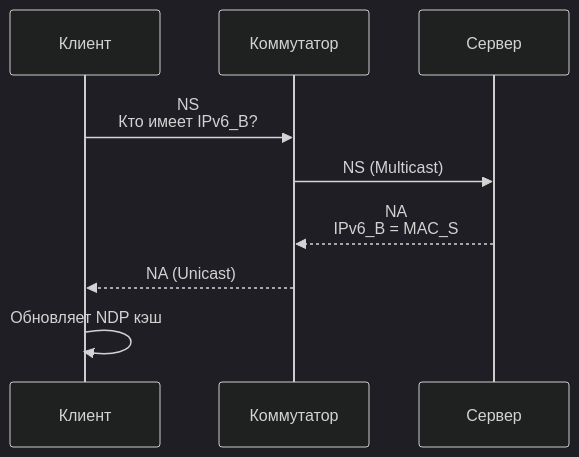
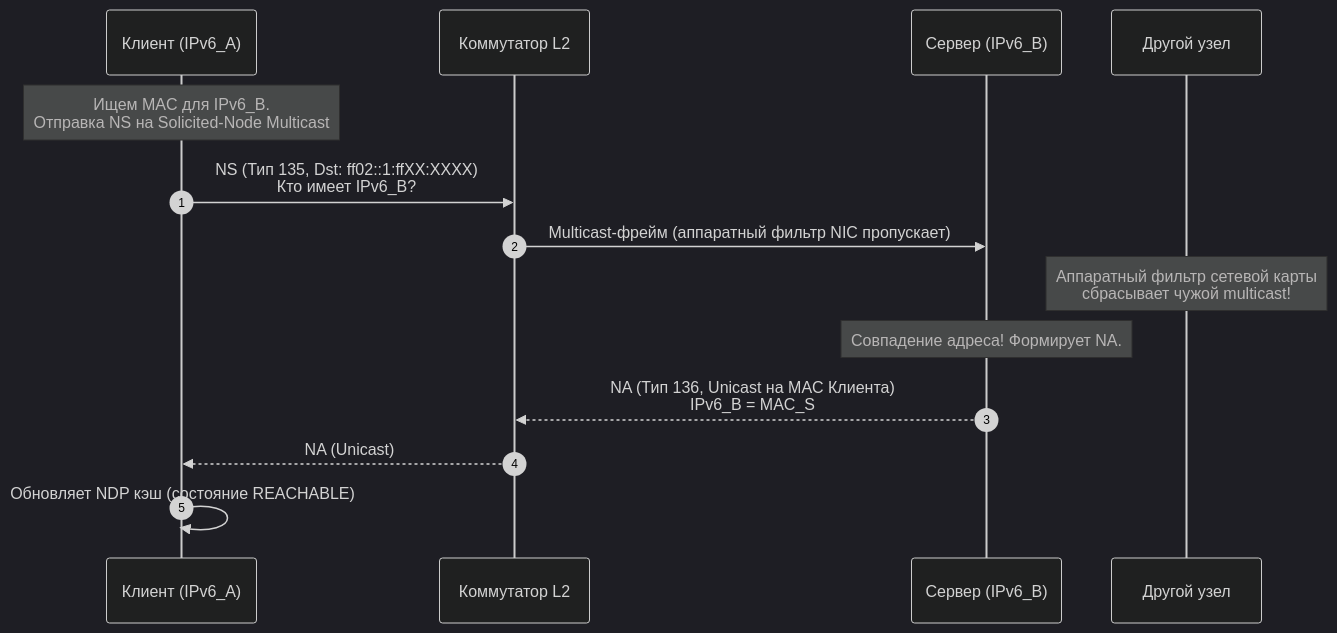
Before and after one commit to UnrealTemplier/go-textbook: the third of 5 diagrams in sources/3. Компьютерные сети и сетевой стек/5. ARP, Neighbor Discovery и поиск узла в локальной сети.md, drawn with Mermaid (dark theme). The commit also changed other lines of this file, not shown here.

Commit message:
feat(module-03): editorial rewrite of Lecture 05 (ARP, NDP, Linux neighbour subsystem, Go net stack) in Kernighan style

````diff
--- a/sources/3. Компьютерные сети и сетевой стек/5. ARP, Neighbor Discovery и поиск узла в локальной сети.md
+++ b/sources/3. Компьютерные сети и сетевой стек/5. ARP, Neighbor Discovery и поиск узла в локальной сети.md
@@ -34,11 +139,17 @@
 ```mermaid
 sequenceDiagram
-    participant Client as Клиент
-    participant Switch as Коммутатор
-    participant Server as Сервер
-    Client->>Switch: NS<br>Кто имеет IPv6_B?
-    Switch->>Server: NS (Multicast)
-    Server-->>Switch: NA<br>IPv6_B = MAC_S
+    autonumber
+    participant Client as Клиент (IPv6_A)
+    participant Switch as Коммутатор L2
+    participant Server as Сервер (IPv6_B)
+    participant Rogue as Другой узел
+
+    Note over Client: Ищем MAC для IPv6_B.<br/>Отправка NS на Solicited-Node Multicast
+    Client->>Switch: NS (Тип 135, Dst: ff02::1:ffXX:XXXX)<br/>Кто имеет IPv6_B?
+    Switch->>Server: Multicast-фрейм (аппаратный фильтр NIC пропускает)
+    Note over Rogue: Аппаратный фильтр сетевой карты<br/>сбрасывает чужой multicast!
+    Note over Server: Совпадение адреса! Формирует NA.
+    Server-->>Switch: NA (Тип 136, Unicast на MAC Клиента)<br/>IPv6_B = MAC_S
     Switch-->>Client: NA (Unicast)
-    Client->>Client: Обновляет NDP кэш
+    Client->>Client: Обновляет NDP кэш (состояние REACHABLE)
 ```
````
